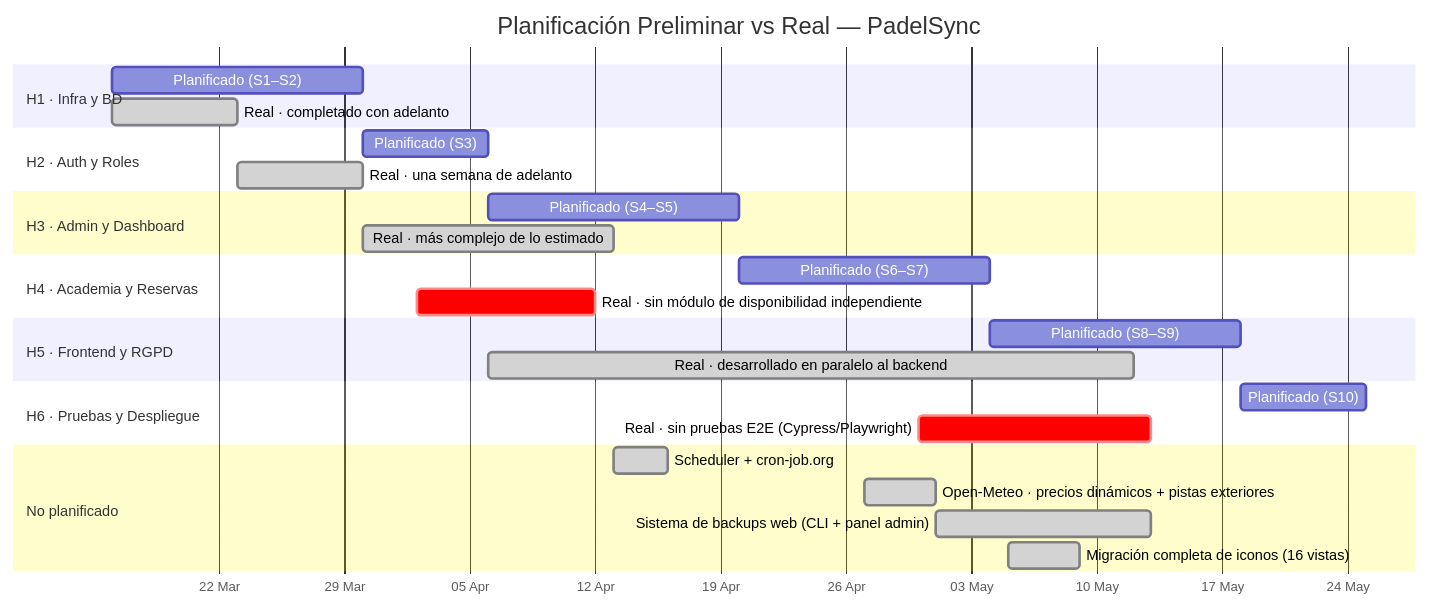
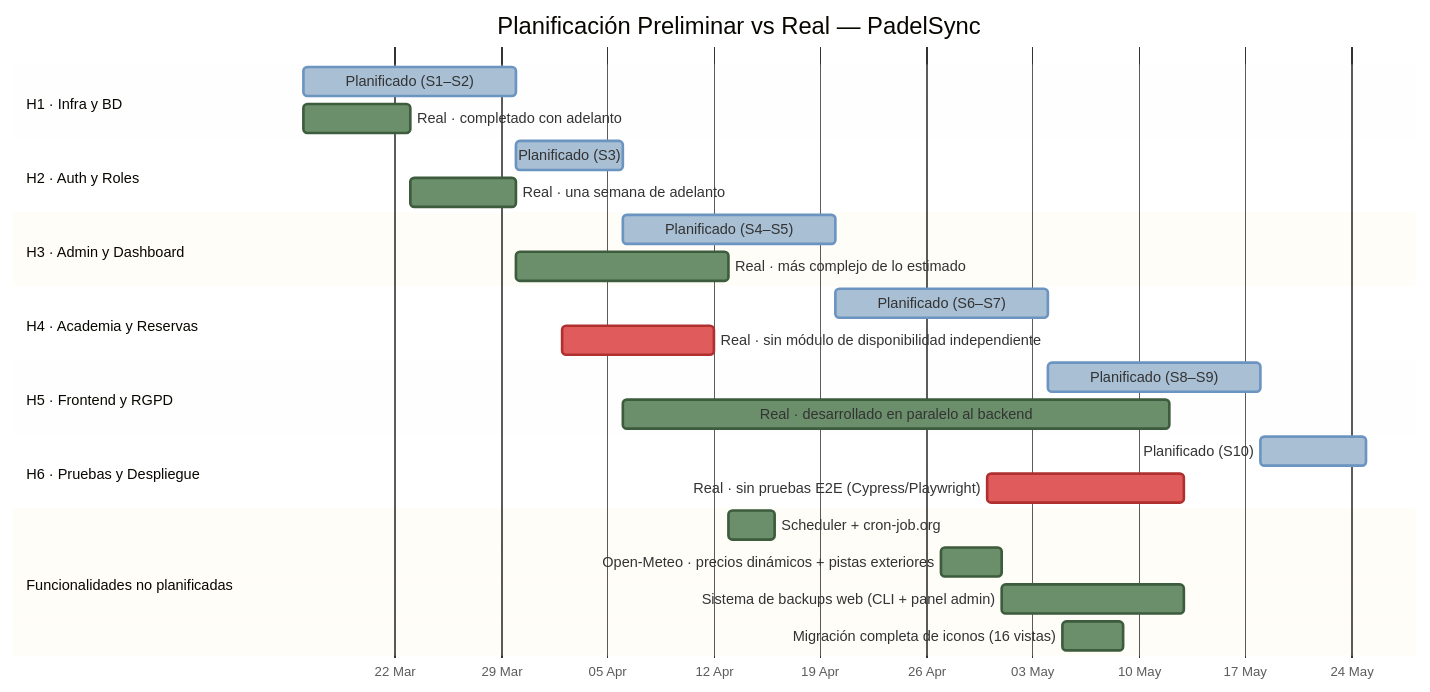
One commit to pabloiglepe/Prueba1---TFG changed the second of 2 diagrams in docs/PLANIFICACION_REAL.md. Above: the diagram before and after it, drawn with Mermaid. The commit also changed other lines of this file, not shown here.

````diff
--- a/docs/PLANIFICACION_REAL.md
+++ b/docs/PLANIFICACION_REAL.md
@@ -74,36 +75,37 @@
 ```mermaid
+%%{init: {'theme': 'base', 'gantt': {'leftPadding': 220, 'barHeight': 22, 'barGap': 6}, 'themeVariables': {'taskBkgColor': '#a8bfd4', 'taskBorderColor': '#6b94c0', 'activeTaskBkgColor': '#6b8f6b', 'activeTaskBorderColor': '#3d5c3d', 'critBkgColor': '#e05c5c', 'critBorderColor': '#b03030', 'todayLineColor': '#e05c5c'}}}%%
 gantt
     title Planificación Preliminar vs Real — PadelSync
     dateFormat  YYYY-MM-DD
     axisFormat  %d %b
 
     section H1 · Infra y BD
-    Planificado (S1–S2)                               :p1, 2026-03-16, 14d
-    Real · completado con adelanto                    :done, r1, 2026-03-16, 7d
+    Planificado (S1–S2)                                :p1, 2026-03-16, 14d
+    Real · completado con adelanto                     :active, r1, 2026-03-16, 7d
 
     section H2 · Auth y Roles
-    Planificado (S3)                                  :p2, 2026-03-30, 7d
-    Real · una semana de adelanto                     :done, r2, 2026-03-23, 7d
+    Planificado (S3)                                   :p2, 2026-03-30, 7d
+    Real · una semana de adelanto                      :active, r2, 2026-03-23, 7d
 
     section H3 · Admin y Dashboard
-    Planificado (S4–S5)                               :p3, 2026-04-06, 14d
-    Real · más complejo de lo estimado                :done, r3, 2026-03-30, 14d
+    Planificado (S4–S5)                                :p3, 2026-04-06, 14d
+    Real · más complejo de lo estimado                 :active, r3, 2026-03-30, 14d
 
     section H4 · Academia y Reservas
-    Planificado (S6–S7)                               :p4, 2026-04-20, 14d
-    Real · sin módulo de disponibilidad independiente :crit, r4, 2026-04-02, 10d
+    Planificado (S6–S7)                                :p4, 2026-04-20, 14d
+    Real · sin módulo de disponibilidad independiente  :crit, r4, 2026-04-02, 10d
 
     section H5 · Frontend y RGPD
-    Planificado (S8–S9)                               :p5, 2026-05-04, 14d
-    Real · desarrollado en paralelo al backend        :done, r5, 2026-04-06, 36d
+    Planificado (S8–S9)                                :p5, 2026-05-04, 14d
+    Real · desarrollado en paralelo al backend         :active, r5, 2026-04-06, 36d
 
     section H6 · Pruebas y Despliegue
-    Planificado (S10)                                 :p6, 2026-05-18, 7d
-    Real · sin pruebas E2E (Cypress/Playwright)       :crit, r6, 2026-04-30, 13d
+    Planificado (S10)                                  :p6, 2026-05-18, 7d
+    Real · sin pruebas E2E (Cypress/Playwright)        :crit, r6, 2026-04-30, 13d
 
-    section No planificado
-    Scheduler + cron-job.org                          :done, np1, 2026-04-13, 3d
-    Open-Meteo · precios dinámicos + pistas exteriores:done, np2, 2026-04-27, 4d
-    Sistema de backups web (CLI + panel admin)        :done, np3, 2026-05-01, 12d
-    Migración completa de iconos (16 vistas)          :done, np4, 2026-05-05, 4d
+    section Funcionalidades no planificadas
+    Scheduler + cron-job.org                           :active, np1, 2026-04-13, 3d
+    Open-Meteo · precios dinámicos + pistas exteriores :active, np2, 2026-04-27, 4d
+    Sistema de backups web (CLI + panel admin)         :active, np3, 2026-05-01, 12d
+    Migración completa de iconos (16 vistas)           :active, np4, 2026-05-05, 4d
 ```
````
